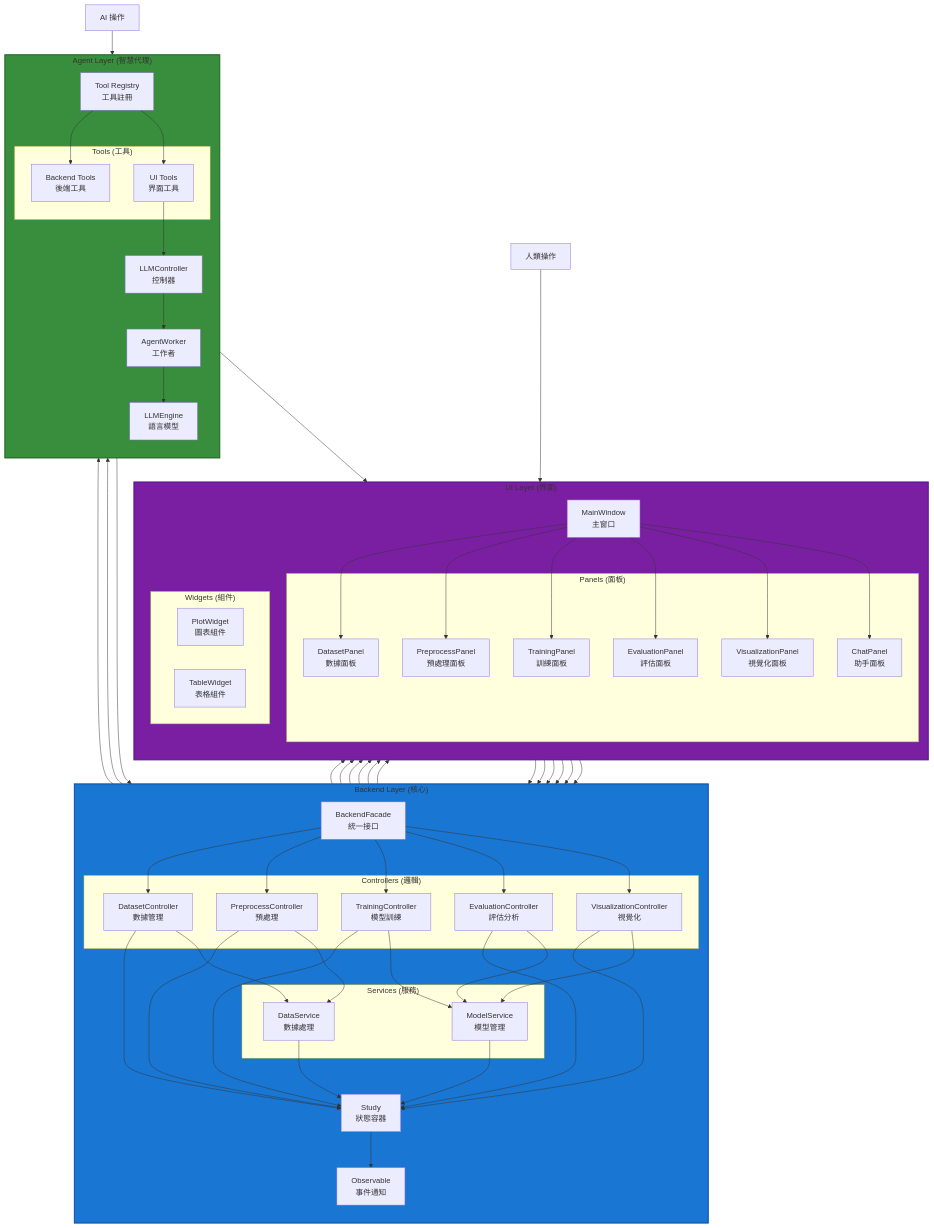
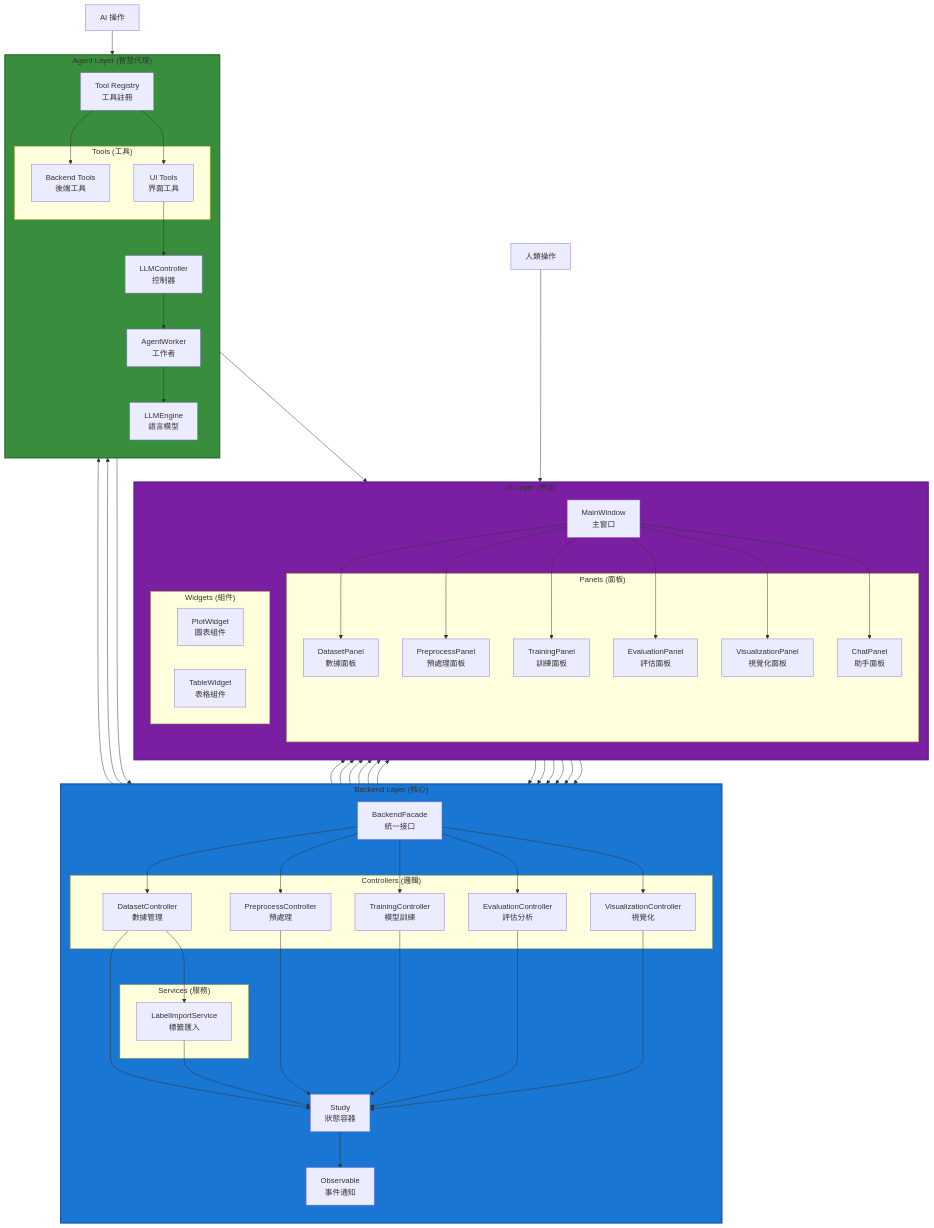
One commit to hxin-an/XBrainLab changed the diagram in documentation/ARCHITECTURE_OVERVIEW.md. Above: the diagram before and after it, drawn with Mermaid. The commit also changed 9 other files, not shown here.

```diff
--- a/documentation/ARCHITECTURE_OVERVIEW.md
+++ b/documentation/ARCHITECTURE_OVERVIEW.md
@@ -39,8 +39,7 @@
         end
 
         subgraph Services ["Services (服務)"]
-            DataSvc[DataService<br/>數據處理]
-            ModelSvc[ModelService<br/>模型管理]
+            LabelSvc[LabelImportService<br/>標籤匯入]
         end
 
         Facade[BackendFacade<br/>統一接口]
@@ -121,14 +120,9 @@
     EvalCtrl --> Study
     VisCtrl --> Study
 
-    DatasetCtrl --> DataSvc
-    PreprocessCtrl --> DataSvc
-    TrainingCtrl --> ModelSvc
-    EvalCtrl --> ModelSvc
-    VisCtrl --> ModelSvc
+    DatasetCtrl --> LabelSvc
 
-    DataSvc --> Study
-    ModelSvc --> Study
+    LabelSvc --> Study
 
     Study --> Observable
 
```
